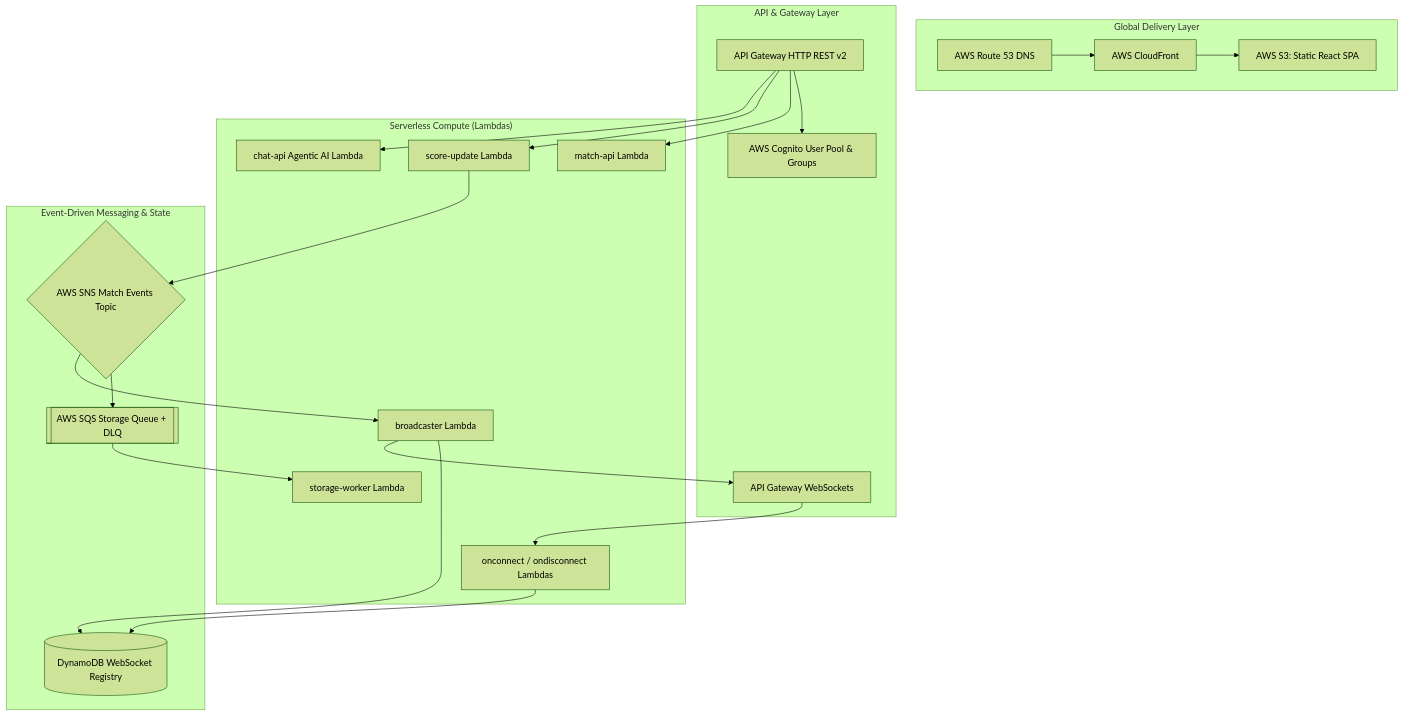
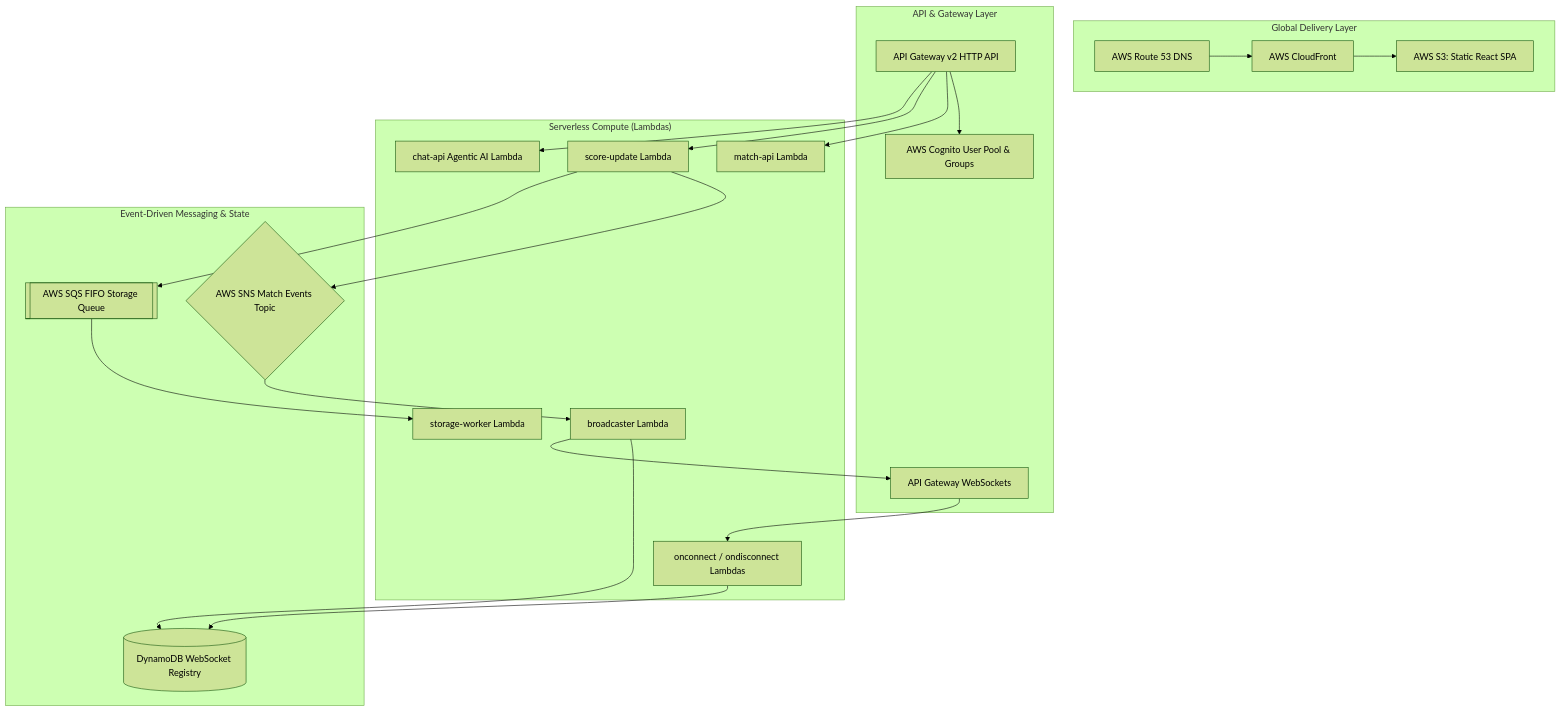
The diagram in docs/terraform_guide.md (venkatesh-singamsetty/cricscore), drawn with Mermaid (forest theme) before and after one commit. The commit also changed other lines of this file and 73 other files, not shown here.

````diff
--- a/docs/terraform_guide.md
+++ b/docs/terraform_guide.md
@@ -13,41 +13,41 @@
 ```mermaid
 graph TD
     subgraph CDN ["Global Delivery Layer"]
         CF[AWS CloudFront] --> S3[AWS S3: Static React SPA]
         R53[AWS Route 53 DNS] --> CF
     end
 
     subgraph API ["API & Gateway Layer"]
-        HTTP_GW[API Gateway HTTP REST v2]
+        HTTP_GW[API Gateway v2 HTTP API]
         WS_GW[API Gateway WebSockets]
         COG[AWS Cognito User Pool & Groups]
         HTTP_GW --> COG
     end
 
     subgraph COMPUTE ["Serverless Compute (Lambdas)"]
         L_MATCH[match-api Lambda]
         L_SCORE[score-update Lambda]
         L_WORKER[storage-worker Lambda]
         L_BROAD[broadcaster Lambda]
         L_SESS[onconnect / ondisconnect Lambdas]
         L_CHAT[chat-api Agentic AI Lambda]
     end
 
     subgraph MSG ["Event-Driven Messaging & State"]
         SNS{AWS SNS Match Events Topic}
-        SQS[[AWS SQS Storage Queue + DLQ]]
+        SQS[[AWS SQS FIFO Storage Queue]]
         DDB[(DynamoDB WebSocket Registry)]
     end
 
     HTTP_GW --> L_MATCH
     HTTP_GW --> L_SCORE
     HTTP_GW --> L_CHAT
     WS_GW --> L_SESS
     L_SESS --> DDB
     L_SCORE --> SNS
-    SNS --> SQS
+    L_SCORE --> SQS
     SQS --> L_WORKER
     SNS --> L_BROAD
     L_BROAD --> DDB
     L_BROAD --> WS_GW
 ```
````
